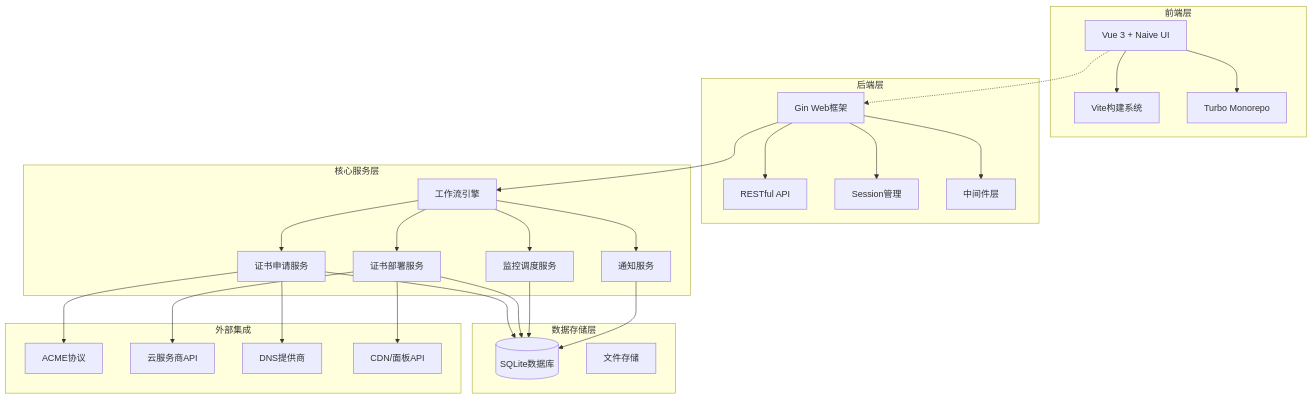
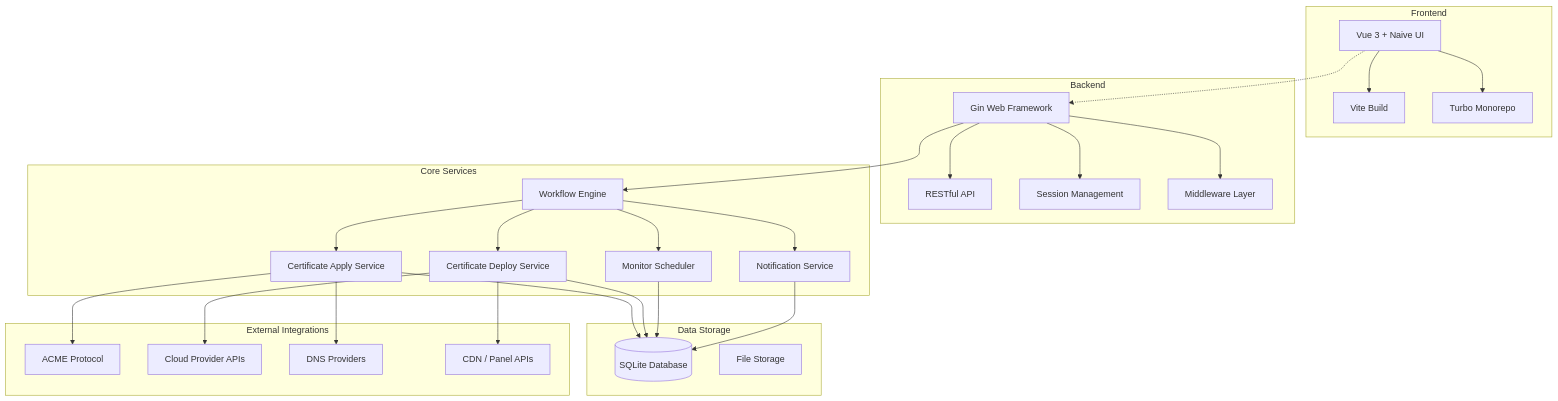
The second of 2 diagrams in README.md (allinssl/allinssl), drawn with Mermaid before and after one commit. The commit also changed other lines of this file and 2 other files, not shown here.

````diff
--- a/README.md
+++ b/README.md
@@ -117,50 +118,50 @@
 ```mermaid
 graph TB
-    subgraph "前端层"
+    subgraph "Frontend"
         A[Vue 3 + Naive UI]
-        A --> B[Vite构建系统]
+        A --> B[Vite Build]
         A --> C[Turbo Monorepo]
     end
-    
-    subgraph "后端层"
-        D[Gin Web框架]
+
+    subgraph "Backend"
+        D[Gin Web Framework]
         D --> E[RESTful API]
-        D --> F[Session管理]
-        D --> G[中间件层]
+        D --> F[Session Management]
+        D --> G[Middleware Layer]
     end
-    
-    subgraph "核心服务层"
-        H[证书申请服务]
-        I[证书部署服务] 
-        J[工作流引擎]
-        K[监控调度服务]
-        L[通知服务]
+
+    subgraph "Core Services"
+        H[Certificate Apply Service]
+        I[Certificate Deploy Service]
+        J[Workflow Engine]
+        K[Monitor Scheduler]
+        L[Notification Service]
     end
-    
-    subgraph "数据存储层"
-        M[(SQLite数据库)]
-        N[文件存储]
+
+    subgraph "Data Storage"
+        M[(SQLite Database)]
+        N[File Storage]
     end
-    
-    subgraph "外部集成"
-        O[ACME协议]
-        P[云服务商API]
-        Q[DNS提供商]
-        R[CDN/面板API]
+
+    subgraph "External Integrations"
+        O[ACME Protocol]
+        P[Cloud Provider APIs]
+        Q[DNS Providers]
+        R[CDN / Panel APIs]
     end
-    
+
     A -.-> D
     D --> J
     J --> H
     J --> I
     J --> K
     J --> L
     H --> M
     I --> M
     K --> M
     L --> M
     H --> O
     I --> P
     H --> Q
     I --> R
 ```
````
